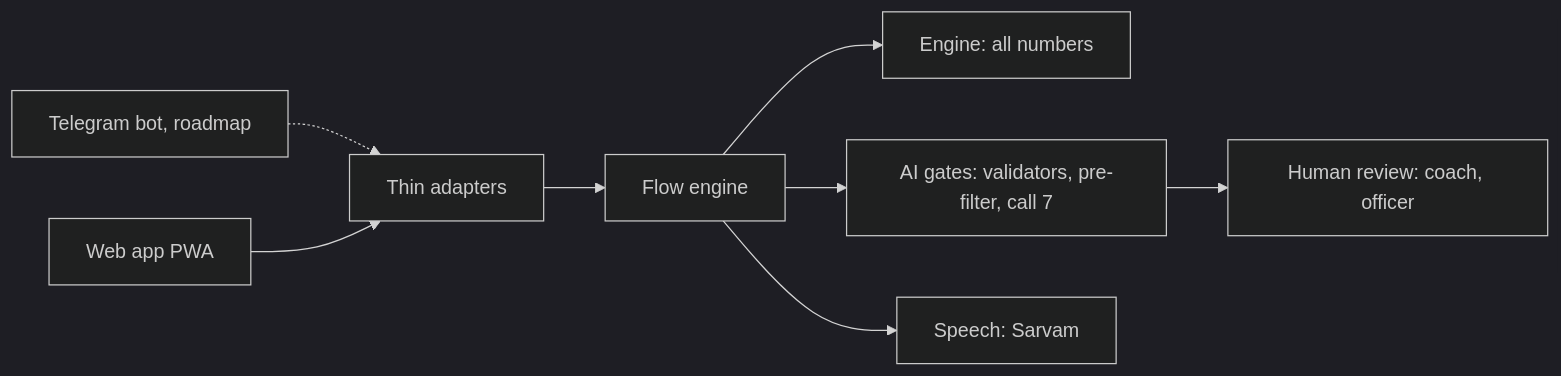
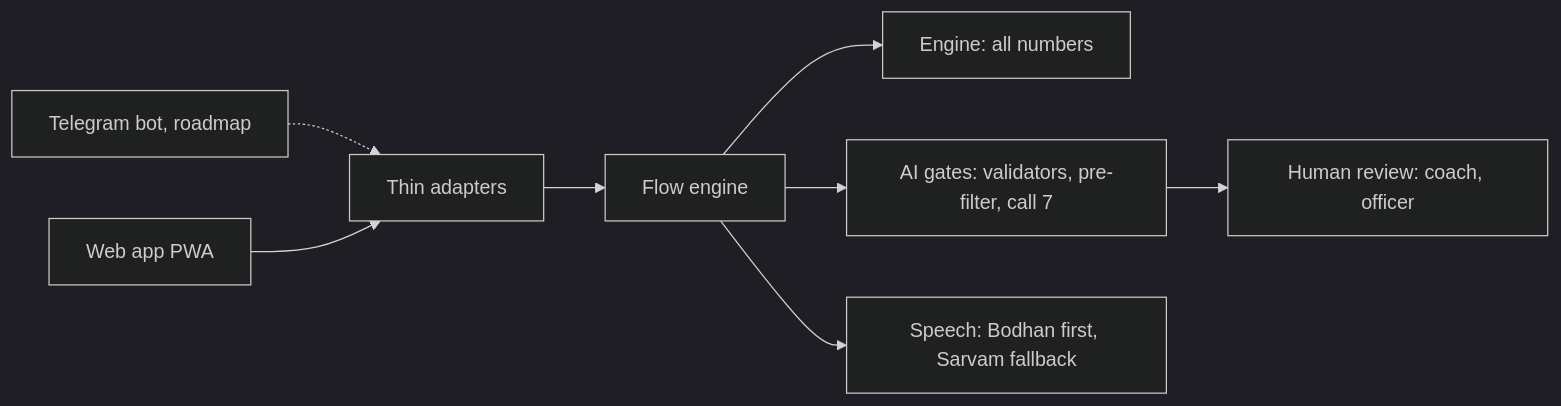
The diagram in README.md (gopikamaraj/cohort-coach), drawn with Mermaid (dark theme) before and after one commit. The commit also changed other lines of this file and 22 other files, not shown here.

First line of the commit message:
SPEECH-P1: speech provider layer, Bodhan AI first, Sarvam as the fallback

````diff
--- a/README.md
+++ b/README.md
@@ -263,10 +264,10 @@
 ```mermaid
 flowchart LR
   T[Telegram bot, roadmap] -.-> A[Thin adapters]
   W[Web app PWA] --> A
   A --> F[Flow engine]
   F --> E[Engine: all numbers]
   F --> G[AI gates: validators, pre-filter, call 7]
   G --> H[Human review: coach, officer]
-  F --> S[Speech: Sarvam]
+  F --> S[Speech: Bodhan first, Sarvam fallback]
 ```
````
